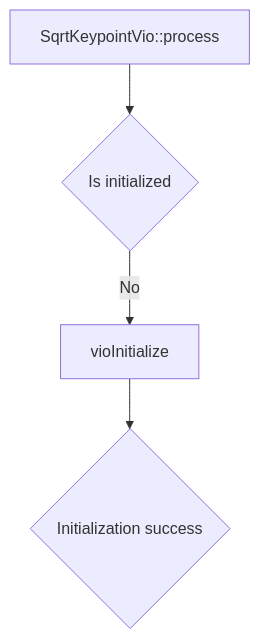
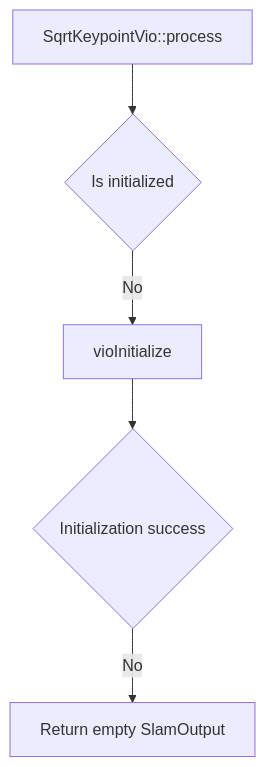
Before and after one commit to huzixuan1/iodraw-files: the diagram in all/未命名-3.md, drawn with Mermaid.

Commit message:
2025-04-21 17:33:52 update

````diff
--- a/all/未命名-3.md
+++ b/all/未命名-3.md
@@ -1,30 +1,31 @@
 ```mermaid
 graph TD
     A[SqrtKeypointVio::process] --> B{Is initialized}
     B -- No --> C[vioInitialize]
     C --> D{Initialization success}
+        D -- No --> E[Return empty SlamOutput]
 
     %% B --> C[solve主优化]
     %% C --> D[createVariablesAndFactors]
     %% D --> E{{迭代循环}}
     %% E --> F[linearizeSystem]
     %% F --> G[linearSolve]
     %% G --> H{checkStepSuccess?}
     %% H -- 是 --> I[acceptStep]
     %% H -- 否 --> J[rejectStep]
     %% I --> E
     %% J --> E
     %% E --> K[marginalize]
     %% K --> L[generateNewMarginPrior]
     %% K --> M[createMarginVariableAndFactors]
     
     %% subgraph 辅助操作
     %%     N[backup/restore]
     %%     O[checkMarginPriorNullSpace]
     %%     P[updateOnlineCalib]
     %% end
     %% C --> N
     %% K --> O
     %% C --> P
 
 ```
````
